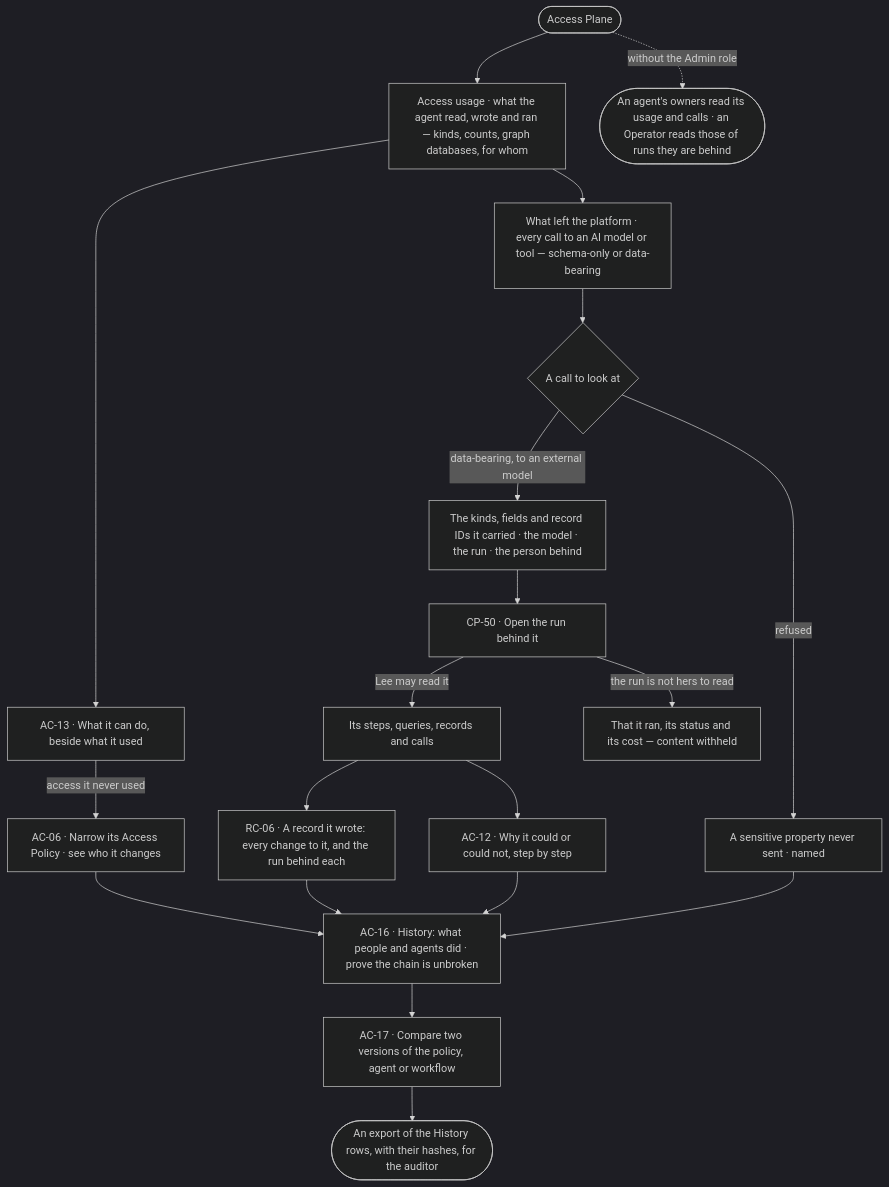
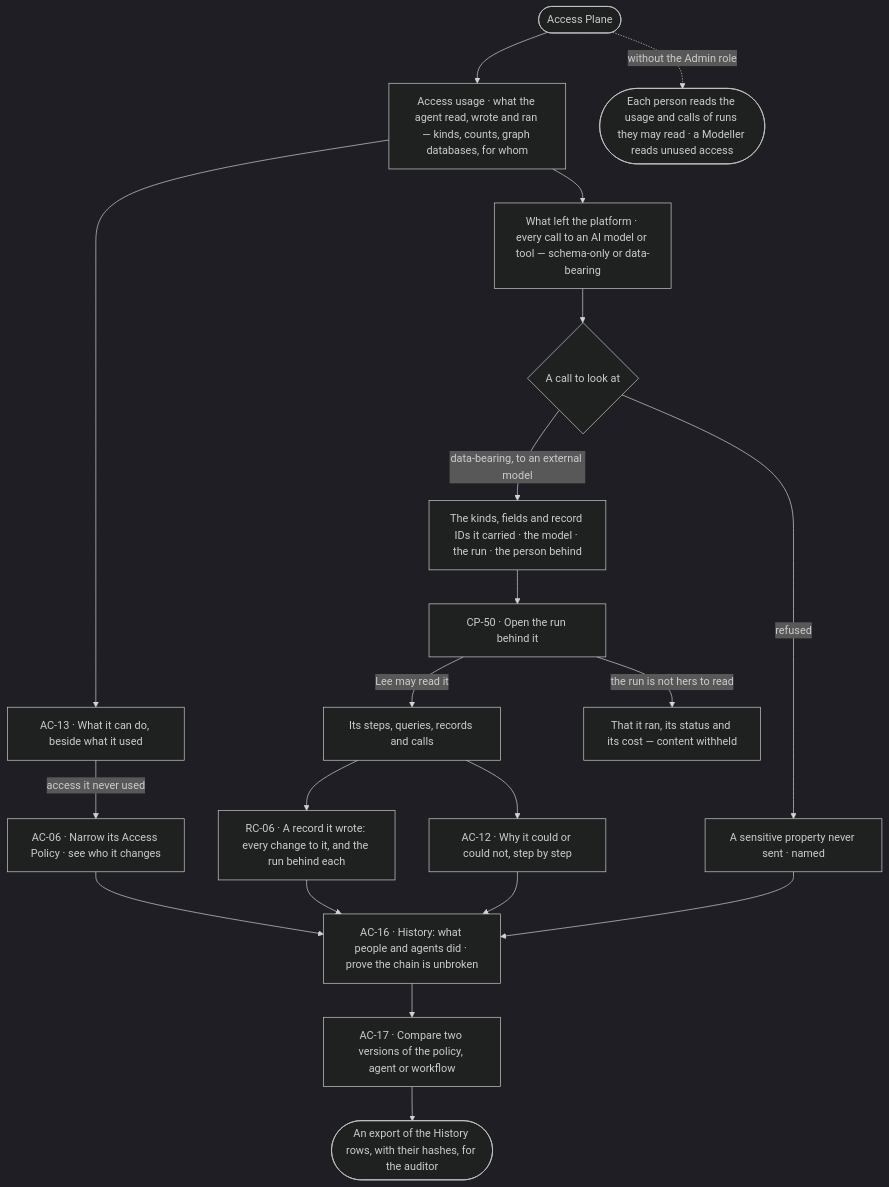
One commit to invana/invana changed the diagram in specs/journeys/J09-audit-what-an-agent-touched-and-what-left-the-platform.md. Above: the diagram before and after it, drawn with Mermaid (dark theme). The commit also changed other lines of this file and 300 other files, not shown here.

````diff
--- a/specs/journeys/J09-audit-what-an-agent-touched-and-what-left-the-platform.md
+++ b/specs/journeys/J09-audit-what-an-agent-touched-and-what-left-the-platform.md
@@ -16,22 +16,22 @@
 ```mermaid
 flowchart TD
   A([Access Plane]) --> U["Access usage · what the agent read, wrote and ran — kinds, counts, graph databases, for whom"]
   U --> P["AC-13 · What it can do, beside what it used"]
   P -->|access it never used| N["AC-06 · Narrow its Access Policy · see who it changes"]
   U --> O["What left the platform · every call to an AI model or tool — schema-only or data-bearing"]
   O --> O1{"A call to look at"}
   O1 -->|data-bearing, to an external model| O2["The kinds, fields and record IDs it carried · the model · the run · the person behind"]
   O1 -->|refused| O3["A sensitive property never sent · named"]
   O2 --> R["CP-50 · Open the run behind it"]
   R -->|Lee may read it| R1["Its steps, queries, records and calls"]
   R -->|the run is not hers to read| R2["That it ran, its status and its cost — content withheld"]
   R1 --> RC["RC-06 · A record it wrote: every change to it, and the run behind each"]
   R1 --> W["AC-12 · Why it could or could not, step by step"]
   W --> H["AC-16 · History: what people and agents did · prove the chain is unbroken"]
   RC --> H
   N --> H
   O3 --> H
   H --> C["AC-17 · Compare two versions of the policy, agent or workflow"]
   C --> E(["An export of the History rows, with their hashes, for the auditor"])
-  A -.->|without the Admin role| NA(["An agent's owners read its usage and calls · an Operator reads those of runs they are behind"])
+  A -.->|without the Admin role| NA(["Each person reads the usage and calls of runs they may read · a Modeller reads unused access"])
 ```
````
